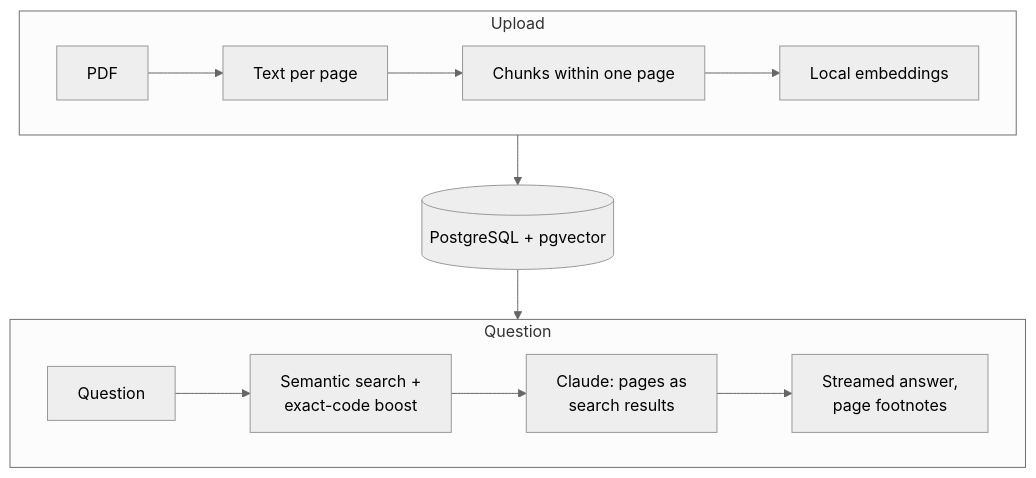
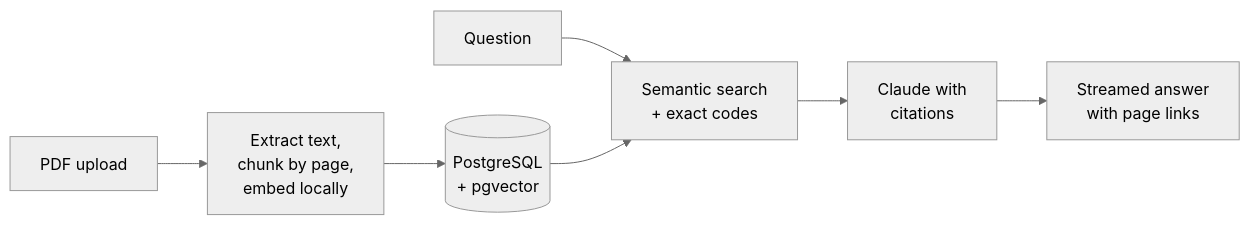
The diagram in README.md (Hamann1188/ai-document-assistant), drawn with Mermaid (neutral theme) before and after one commit.

Commit message:
docs: compact one-row architecture diagram

````diff
--- a/README.md
+++ b/README.md
@@ -54,13 +54,6 @@
 ```mermaid
-flowchart TB
-  subgraph ingest ["Upload"]
-    direction LR
-    P["PDF"] --> X["Text per page"] --> C["Chunks within one page"] --> E["Local embeddings"]
-  end
-  E --> DB[("PostgreSQL + pgvector")]
-  subgraph answer ["Question"]
-    direction LR
-    Q["Question"] --> S["Semantic search +<br/>exact-code boost"] --> CL["Claude: pages as<br/>search results"] --> UI["Streamed answer,<br/>page footnotes"]
-  end
-  DB --> S
+flowchart LR
+  P["PDF upload"] --> I["Extract text,<br/>chunk by page,<br/>embed locally"] --> DB[("PostgreSQL<br/>+ pgvector")]
+  Q["Question"] --> S["Semantic search<br/>+ exact codes"]
+  DB --> S --> CL["Claude with<br/>citations"] --> UI["Streamed answer<br/>with page links"]
 ```
````
